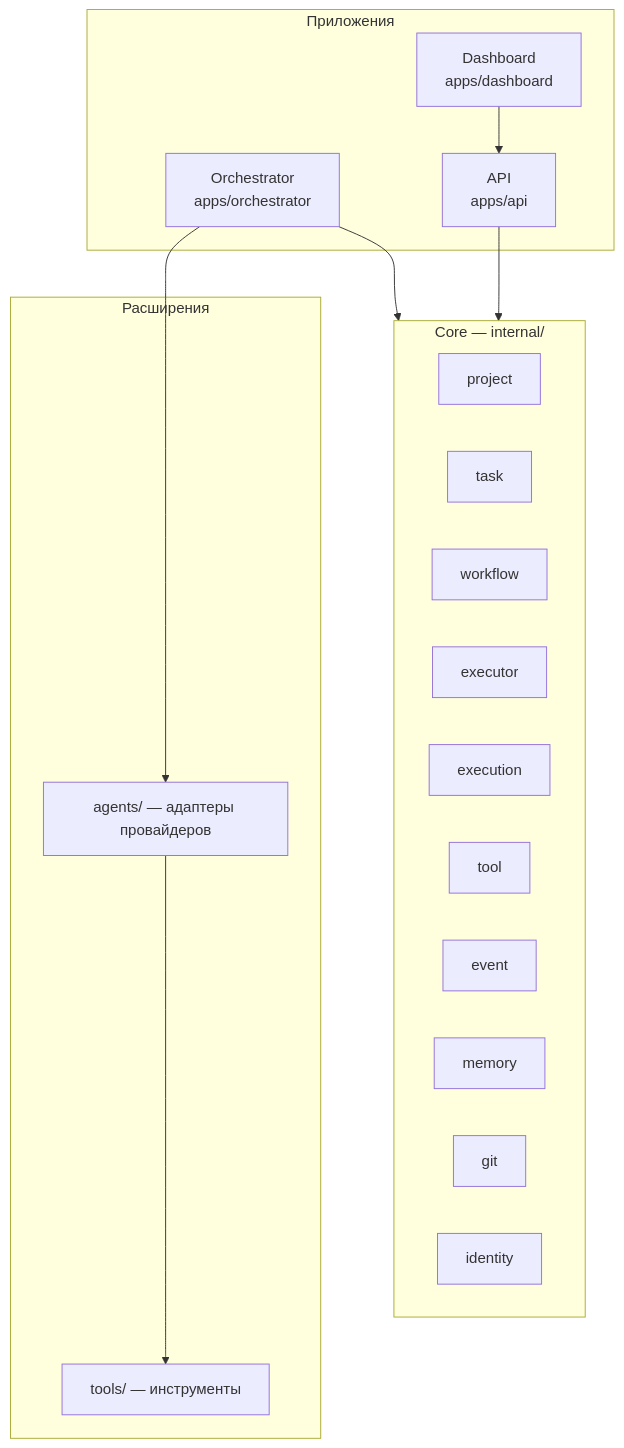
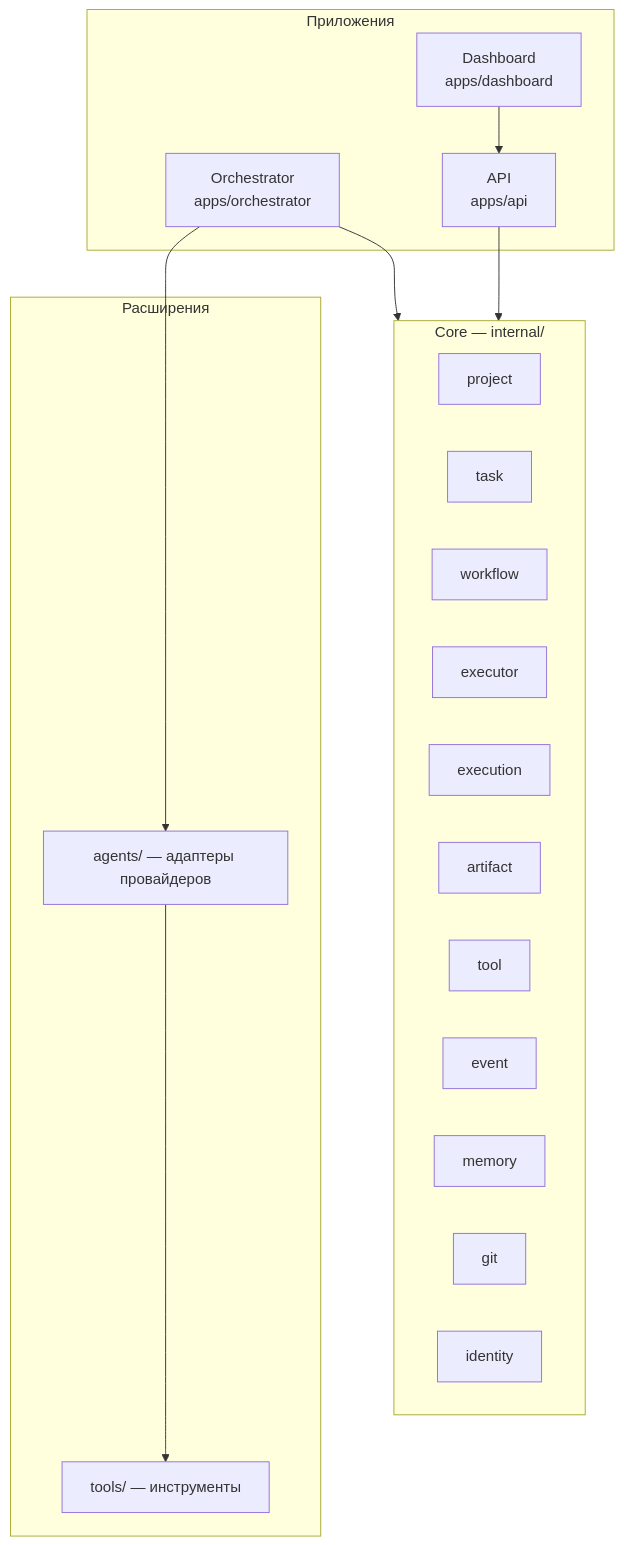
The diagram in docs/architecture/components.md (nikibrdev/ai-studio-os), drawn with Mermaid before and after one commit. The commit also changed other lines of this file and 11 other files, not shown here.

````diff
--- a/docs/architecture/components.md
+++ b/docs/architecture/components.md
@@ -11,29 +11,30 @@
 ```mermaid
 flowchart TB
     subgraph APPS["Приложения"]
         DASH["Dashboard<br/>apps/dashboard"]
         APIAPP["API<br/>apps/api"]
         ORCH["Orchestrator<br/>apps/orchestrator"]
     end
     subgraph COREBOX["Core — internal/"]
         PRJ["project"]
         TSK["task"]
         WF["workflow"]
         AGM["executor"]
         EXE["execution"]
+        ART["artifact"]
         TLM["tool"]
         EVT["event"]
         MEM["memory"]
         GIT["git"]
         IDN["identity"]
     end
     subgraph EXT["Расширения"]
         ADP["agents/ — адаптеры провайдеров"]
         TLS["tools/ — инструменты"]
     end
     DASH --> APIAPP
     APIAPP --> COREBOX
     ORCH --> COREBOX
     ORCH --> ADP
     ADP --> TLS
 ```
````
